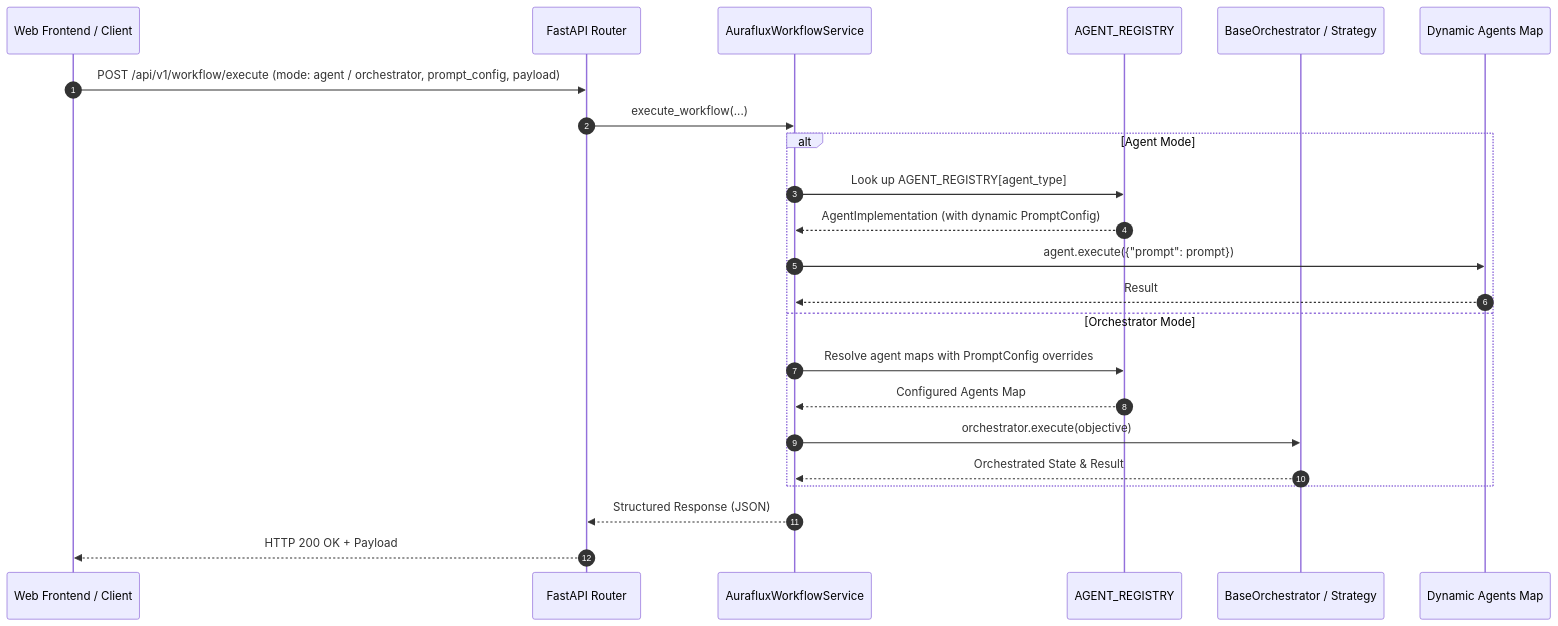
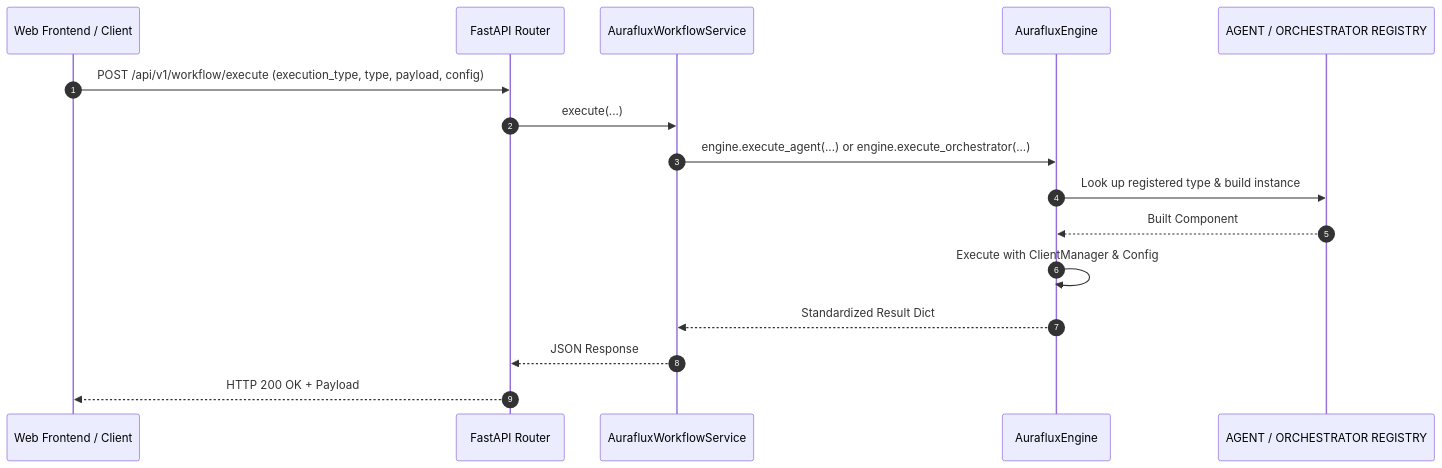
One commit to solarfresh/Auraflux-Core changed the diagram in manual/tutorials/backend-integration.md. Above: the diagram before and after it, drawn with Mermaid. The commit also changed other lines of this file and 1 other file, not shown here.

First line of the commit message:
docs(manual): add engine tutorial and update backend integration docs

````diff
--- a/manual/tutorials/backend-integration.md
+++ b/manual/tutorials/backend-integration.md
@@ -23,26 +22,19 @@
 ```mermaid
 sequenceDiagram
     autonumber
     participant Client as Web Frontend / Client
     participant API as FastAPI Router
     participant Svc as AurafluxWorkflowService
-    participant Reg as AGENT_REGISTRY
-    participant Orch as BaseOrchestrator / Strategy
-    participant Ag as Dynamic Agents Map
+    participant Eng as AurafluxEngine
+    participant Reg as AGENT / ORCHESTRATOR REGISTRY
 
-    Client->>API: POST /api/v1/workflow/execute (mode: agent / orchestrator, prompt_config, payload)
-    API->>Svc: execute_workflow(...)
-    alt Agent Mode
-        Svc->>Reg: Look up AGENT_REGISTRY[agent_type]
-        Reg-->>Svc: AgentImplementation (with dynamic PromptConfig)
-        Svc->>Ag: agent.execute({"prompt": prompt})
-        Ag-->>Svc: Result
-    else Orchestrator Mode
-        Svc->>Reg: Resolve agent maps with PromptConfig overrides
-        Reg-->>Svc: Configured Agents Map
-        Svc->>Orch: orchestrator.execute(objective)
-        Orch-->>Svc: Orchestrated State & Result
-    end
-    Svc-->>API: Structured Response (JSON)
+    Client->>API: POST /api/v1/workflow/execute (execution_type, type, payload, config)
+    API->>Svc: execute(...)
+    Svc->>Eng: engine.execute_agent(...) or engine.execute_orchestrator(...)
+    Eng->>Reg: Look up registered type & build instance
+    Reg-->>Eng: Built Component
+    Eng->>Eng: Execute with ClientManager & Config
+    Eng-->>Svc: Standardized Result Dict
+    Svc-->>API: JSON Response
     API-->>Client: HTTP 200 OK + Payload
 ```
````
